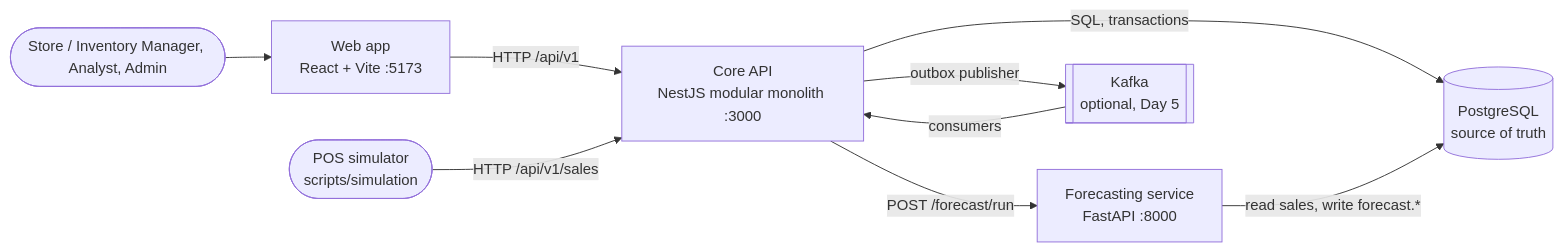
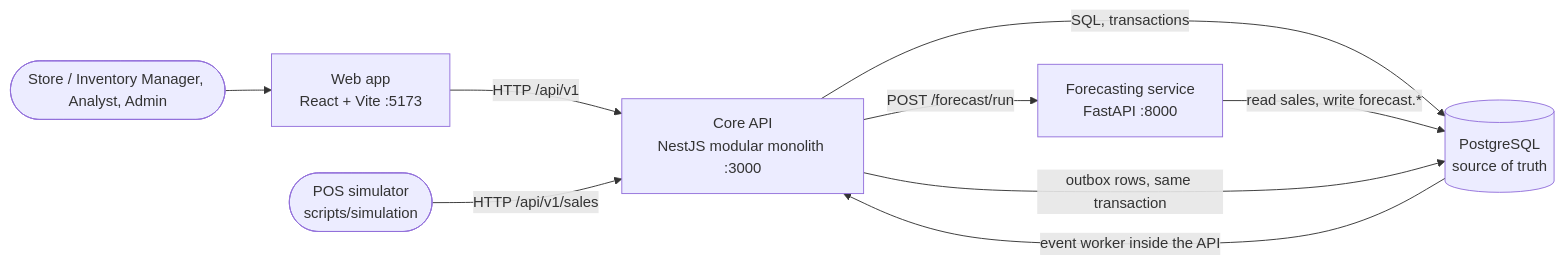
The first of 6 diagrams in docs/ARCHITECTURE.md (Hirockpaul/RetailPulse), drawn with Mermaid before and after one commit. The commit also changed other lines of this file and 41 other files, not shown here.

First line of the commit message:
feat: Day 5 — transactional outbox, in-API event worker, low-stock alerts (no Kafka)

````diff
--- a/docs/ARCHITECTURE.md
+++ b/docs/ARCHITECTURE.md
@@ -13,17 +13,17 @@
 ```mermaid
 flowchart LR
   user([Store / Inventory Manager, Analyst, Admin])
   web[Web app<br/>React + Vite :5173]
   api[Core API<br/>NestJS modular monolith :3000]
   db[(PostgreSQL<br/>source of truth)]
   fc[Forecasting service<br/>FastAPI :8000]
-  kafka[[Kafka<br/>optional, Day 5]]
   pos([POS simulator<br/>scripts/simulation])
 
   user --> web -->|HTTP /api/v1| api
   pos -->|HTTP /api/v1/sales| api
   api -->|SQL, transactions| db
   api -->|POST /forecast/run| fc
   fc -->|read sales, write forecast.*| db
-  api -->|outbox publisher| kafka -->|consumers| api
+  api -->|outbox rows, same transaction| db
+  db -->|event worker inside the API| api
 ```
````
